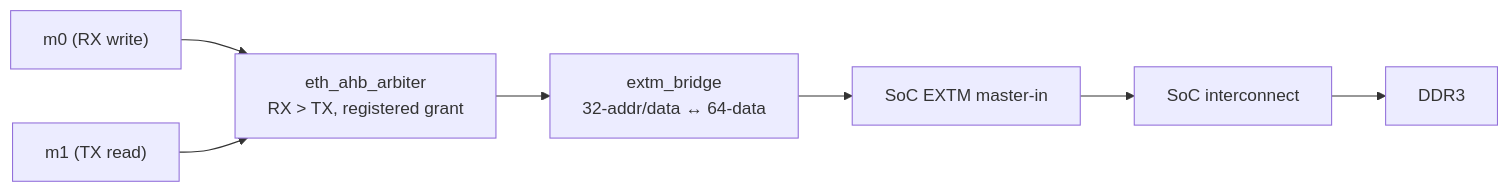
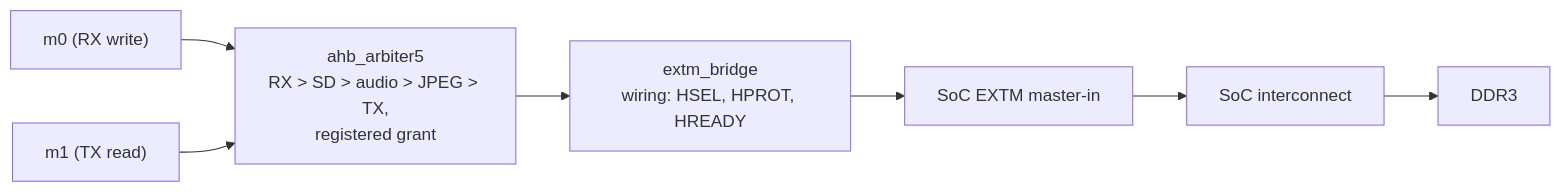
Before and after one commit to phoenix367/tang-mega-138K-Pro-demo: the fifth of 5 diagrams in doc/05-eth-dma.md, drawn with Mermaid. The commit also changed other lines of this file and 16 other files, not shown here.

````diff
--- a/doc/05-eth-dma.md
+++ b/doc/05-eth-dma.md
@@ -202,9 +202,9 @@
 ```mermaid
 graph LR
-  M0["m0 (RX write)"] --> ARB["eth_ahb_arbiter<br/>RX > TX, registered grant"]
+  M0["m0 (RX write)"] --> ARB["ahb_arbiter5<br/>RX > SD > audio > JPEG > TX,<br/>registered grant"]
   M1["m1 (TX read)"] --> ARB
-  ARB --> BR["extm_bridge<br/>32-addr/data ↔ 64-data"]
+  ARB --> BR["extm_bridge<br/>wiring: HSEL, HPROT, HREADY"]
   BR --> EXTM["SoC EXTM master-in"]
   EXTM --> ICN["SoC interconnect"]
   ICN --> DDR["DDR3"]
 ```
````
